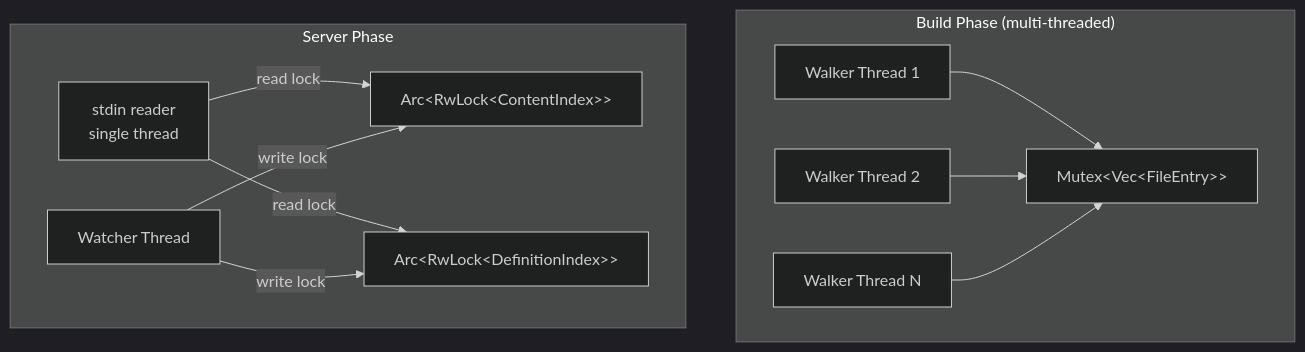
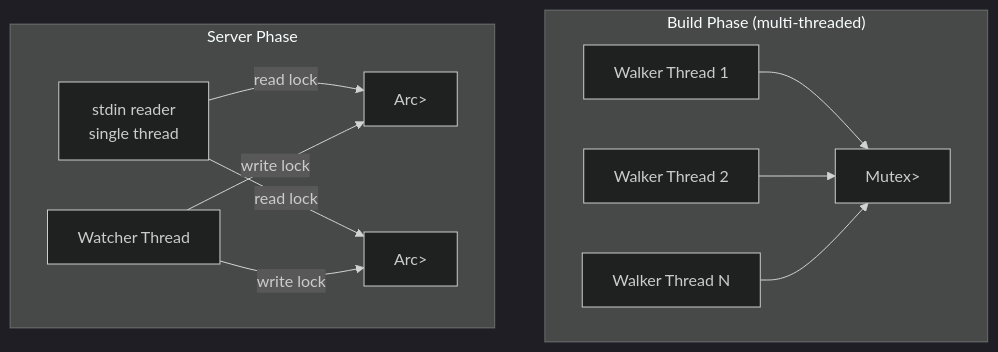
One commit to pustynsky/search-index changed the first of 2 diagrams in docs/concurrency.md. Above: the diagram before and after it, drawn with Mermaid (dark theme). The commit also changed other lines of this file, not shown here.

````diff
--- a/docs/concurrency.md
+++ b/docs/concurrency.md
@@ -13,19 +13,19 @@
 ```mermaid
 graph TB
     subgraph "Build Phase (multi-threaded)"
         W1[Walker Thread 1]
         W2[Walker Thread 2]
         WN[Walker Thread N]
-        W1 --> M1[Mutex&lt;Vec&lt;FileEntry&gt;&gt;]
+        W1 --> M1["Mutex<Vec<FileEntry>>"]
         W2 --> M1
         WN --> M1
     end
 
     subgraph "Server Phase"
-        STDIN[stdin reader<br/>single thread] -->|read lock| IDX["Arc&lt;RwLock&lt;ContentIndex&gt;&gt;"]
-        STDIN -->|read lock| DIDX["Arc&lt;RwLock&lt;DefinitionIndex&gt;&gt;"]
+        STDIN[stdin reader<br/>single thread] -->|read lock| IDX["Arc<RwLock<ContentIndex>>"]
+        STDIN -->|read lock| DIDX["Arc<RwLock<DefinitionIndex>>"]
 
         WT[Watcher Thread] -->|write lock| IDX
         WT -->|write lock| DIDX
     end
 ```
````
